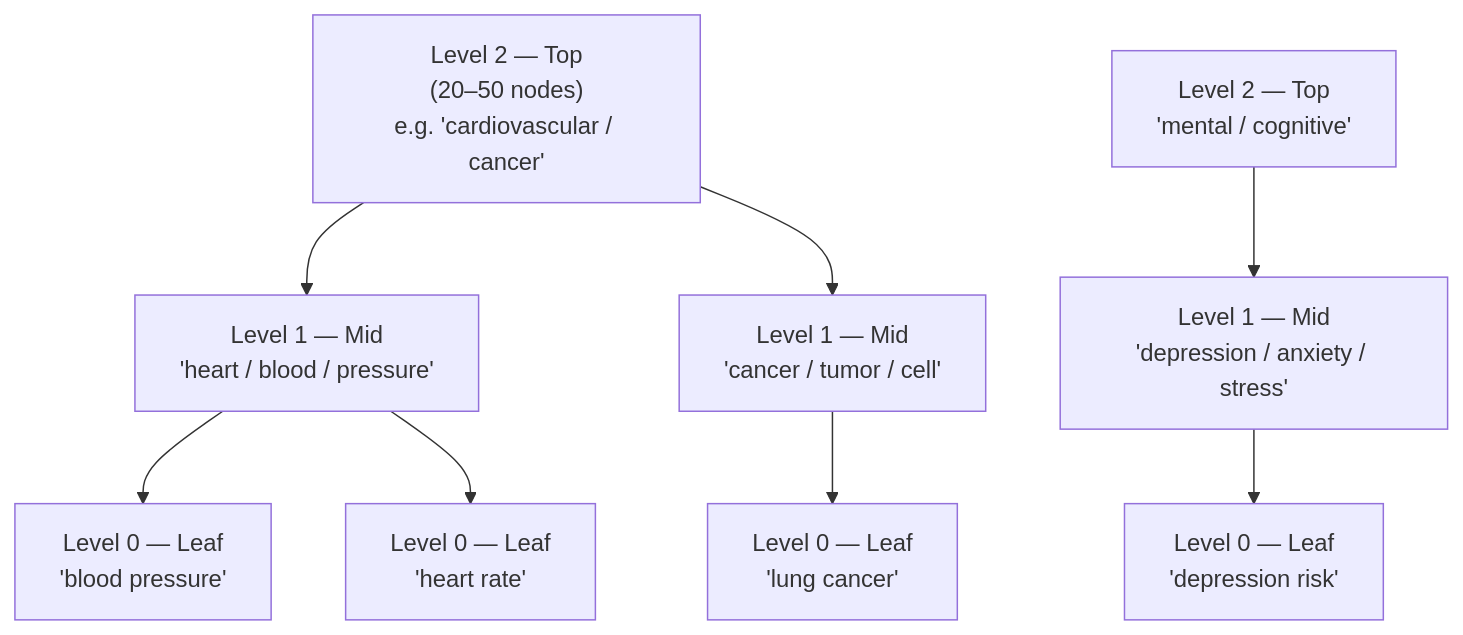
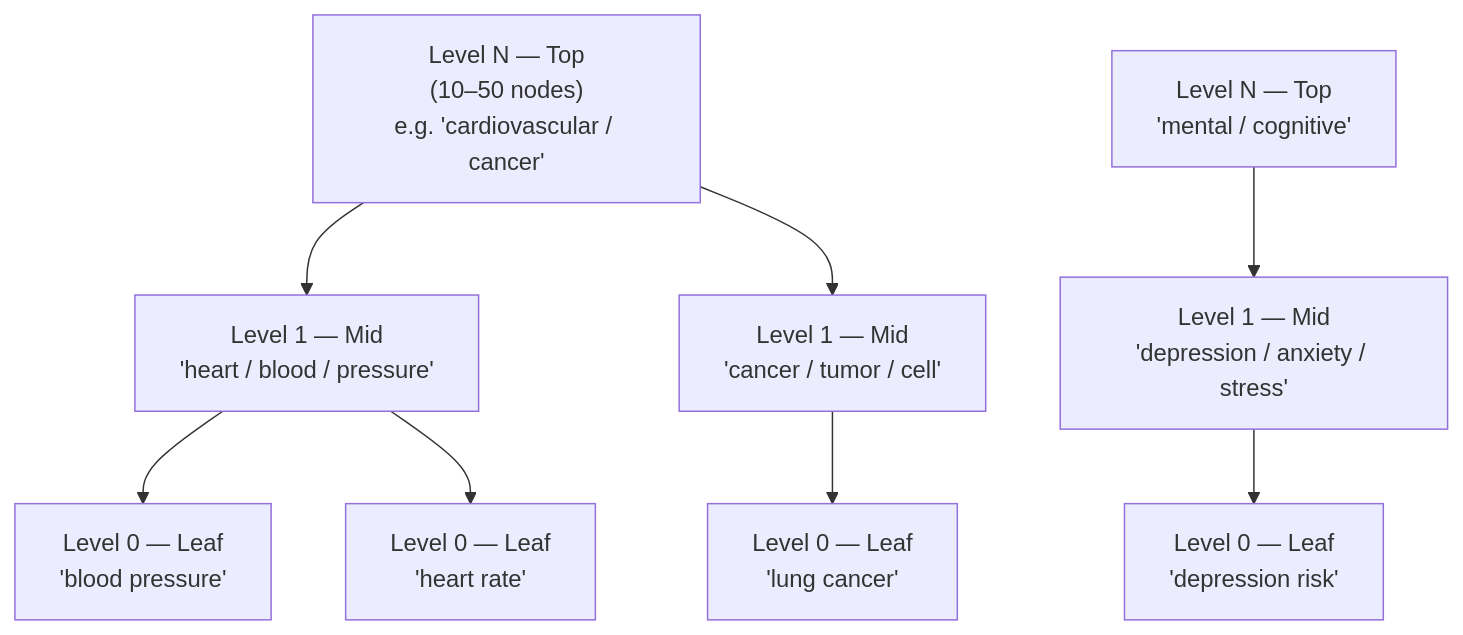
One commit to TheMrSheldon/causalgraph changed the fifth of 7 diagrams in docs/architecture.md. Above: the diagram before and after it, drawn with Mermaid. The commit also changed other lines of this file and 8 other files, not shown here.

````diff
--- a/docs/architecture.md
+++ b/docs/architecture.md
@@ -196,19 +212,19 @@
 ```mermaid
 graph TD
-    T1["Level 2 — Top\n(20–50 nodes)\ne.g. 'cardiovascular / cancer'"]
-    T2["Level 2 — Top\n'mental / cognitive'"]
+    T1["Level N — Top\n(10–50 nodes)\ne.g. 'cardiovascular / cancer'"]
+    T2["Level N — Top\n'mental / cognitive'"]
 
     M1["Level 1 — Mid\n'heart / blood / pressure'"]
     M2["Level 1 — Mid\n'cancer / tumor / cell'"]
     M3["Level 1 — Mid\n'depression / anxiety / stress'"]
 
     L1["Level 0 — Leaf\n'blood pressure'"]
     L2["Level 0 — Leaf\n'heart rate'"]
     L3["Level 0 — Leaf\n'lung cancer'"]
     L4["Level 0 — Leaf\n'depression risk'"]
 
     T1 --> M1 --> L1
     M1 --> L2
     T1 --> M2 --> L3
     T2 --> M3 --> L4
 ```
````
